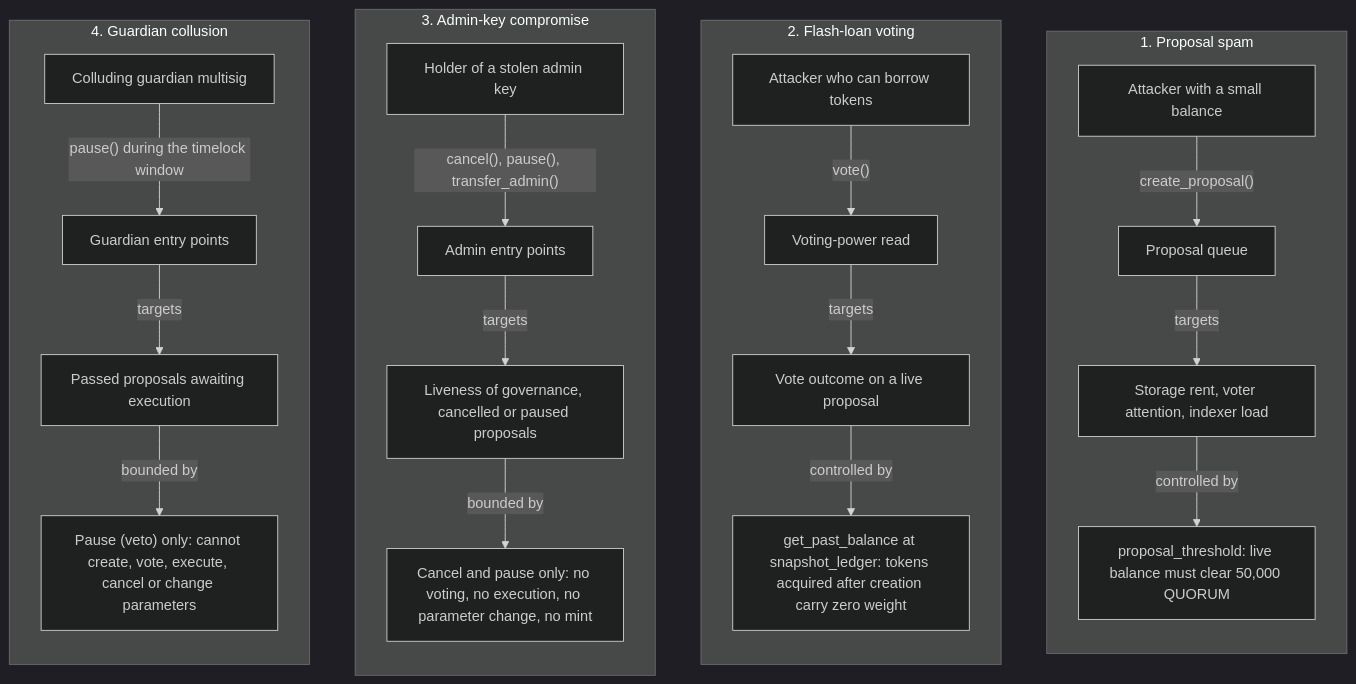
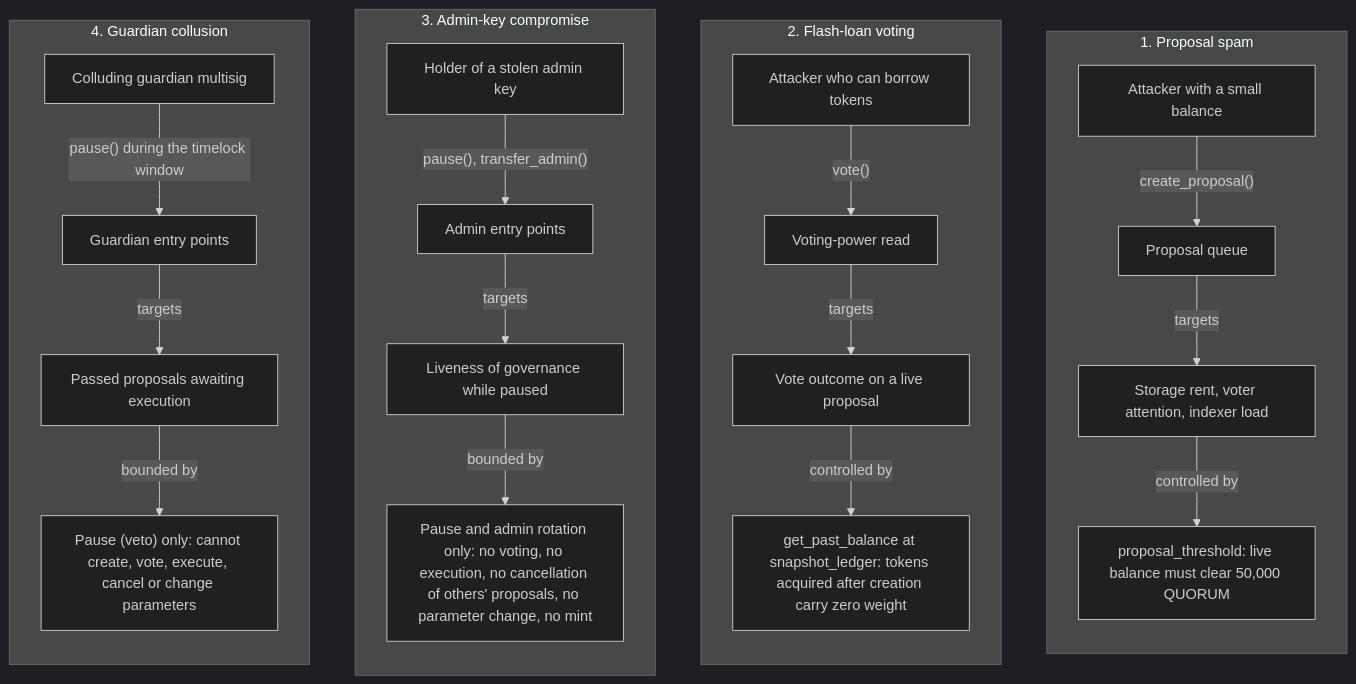
One commit to 0xNinx/StellarQuorum changed the diagram in docs/security-model.md. Above: the diagram before and after it, drawn with Mermaid (dark theme). The commit also changed other lines of this file and 13 other files, not shown here.

First line of the commit message:
fix(governance): make proposal cancellation proposer-only

````diff
--- a/docs/security-model.md
+++ b/docs/security-model.md
@@ -18,30 +18,30 @@
 ```mermaid
 flowchart TB
     subgraph SPAM["1. Proposal spam"]
         direction TB
         A1["Attacker with a small balance"] -->|"create_proposal()"| EP1["Proposal queue"]
         EP1 -->|"targets"| AS1["Storage rent, voter attention, indexer load"]
         AS1 -->|"controlled by"| M1["proposal_threshold: live balance must clear 50,000 QUORUM"]
     end
 
     subgraph FLASH["2. Flash-loan voting"]
         direction TB
         A2["Attacker who can borrow tokens"] -->|"vote()"| EP2["Voting-power read"]
         EP2 -->|"targets"| AS2["Vote outcome on a live proposal"]
         AS2 -->|"controlled by"| M2["get_past_balance at snapshot_ledger: tokens acquired after creation carry zero weight"]
     end
 
     subgraph ADMIN["3. Admin-key compromise"]
         direction TB
-        A3["Holder of a stolen admin key"] -->|"cancel(), pause(), transfer_admin()"| EP3["Admin entry points"]
-        EP3 -->|"targets"| AS3["Liveness of governance, cancelled or paused proposals"]
-        AS3 -->|"bounded by"| M3["Cancel and pause only: no voting, no execution, no parameter change, no mint"]
+        A3["Holder of a stolen admin key"] -->|"pause(), transfer_admin()"| EP3["Admin entry points"]
+        EP3 -->|"targets"| AS3["Liveness of governance while paused"]
+        AS3 -->|"bounded by"| M3["Pause and admin rotation only: no voting, no execution, no cancellation of others' proposals, no parameter change, no mint"]
     end
 
     subgraph GUARDIAN["4. Guardian collusion"]
         direction TB
         A4["Colluding guardian multisig"] -->|"pause() during the timelock window"| EP4["Guardian entry points"]
         EP4 -->|"targets"| AS4["Passed proposals awaiting execution"]
         AS4 -->|"bounded by"| M4["Pause (veto) only: cannot create, vote, execute, cancel or change parameters"]
     end
 ```
````
